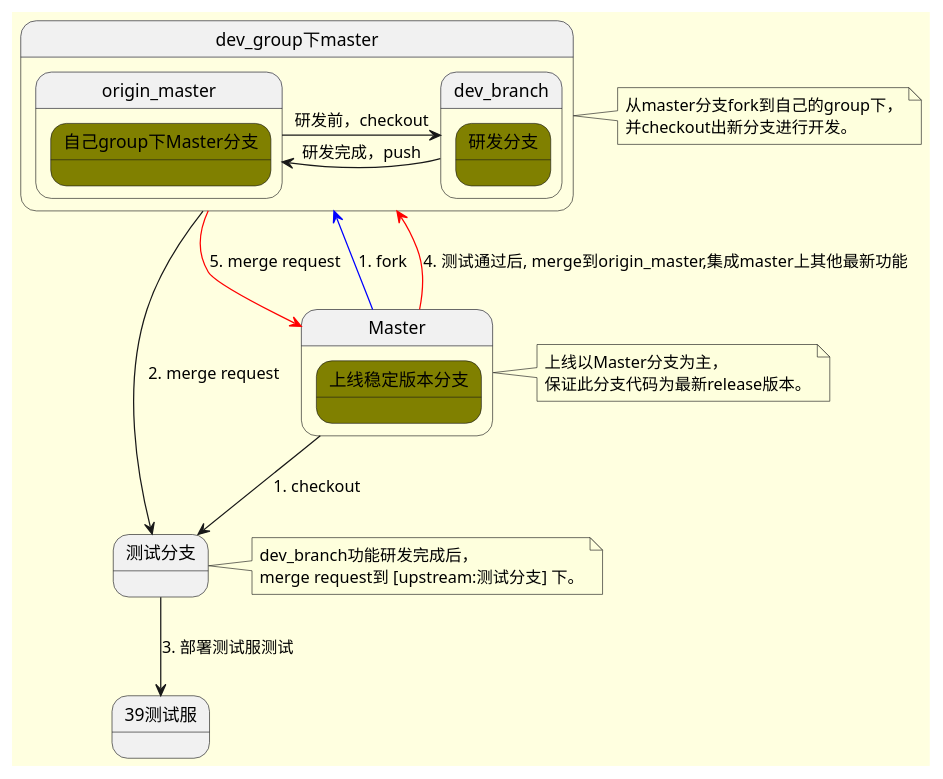
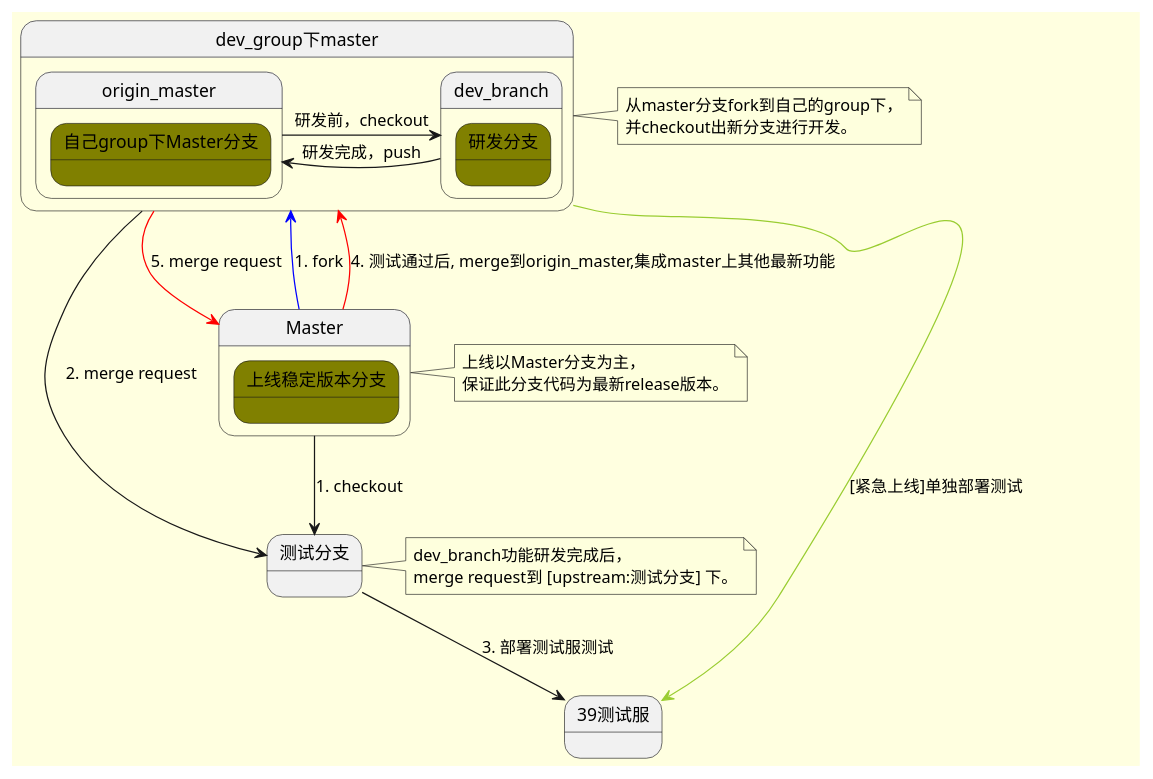
One commit to widy21/java_study_project changed the diagram in graphviz/branches_new_s1.puml. Above: the diagram before and after it, drawn with PlantUML. The commit also changed 1 other file, not shown here.

Commit message:
add architecture puml.

```diff
--- a/graphviz/branches_new_s1.puml
+++ b/graphviz/branches_new_s1.puml
@@ -1,56 +1,57 @@
 @startuml
 skinparam backgroundColor LightYellow
 skinparam state {
 '  StartColor MediumBlue
 '  EndColor Red
 '  BackgroundColor Peru
   BackgroundColor<<Warning>> Olive
 '  BorderColor Gray
 '  FontName Impact
 }
 
 '[*] -> State1
 Master --> 测试分支:1. checkout
 Master -[#blue]->dev_group下master: 1. fork
 Master -[#red]->dev_group下master: 4. 测试通过后, merge到origin_master,集成master上其他最新功能
 dev_group下master -[#red]->Master: 5. merge request
 
 state Master{
     state "上线稳定版本分支" <<Warning>>
   }
 
 state dev_group下master {
   origin_master -> dev_branch:研发前，checkout
   dev_branch -> origin_master:研发完成，push
   state dev_branch{
     state "研发分支" <<Warning>>
   }
   state origin_master{
     state "自己group下Master分支" <<Warning>>
   }
 }
 
 'Master --> 开发分支A:1. checkout
 'Master --> 开发分支B:1.checkout
 'state 开发分支A {
 '  state "本地研发&&自测" as long1
 '  [*] --> long1
 '  long1 --> long1 : 新需求
 '  long1 --> pushA: 研发、自测完成
 '}
 'state 开发分支B {
 '  state "开发流程与A相同" as long2
 '}
 dev_group下master --> 测试分支 : 2. merge request
+dev_group下master -[#YellowGreen]-> 39测试服 : [紧急上线]单独部署测试
 '开发分支B --> 测试分支 : 2. merge
 测试分支 --> 39测试服 : 3. 部署测试服测试
 '39测试服 --> merge到Master : 4. 测试完成
 'state merge到Master {
 '  state "release版本待发布" as long3
 '}
 
 note right of dev_group下master : 从master分支fork到自己的group下，\n并checkout出新分支进行开发。
 note right of 测试分支 : dev_branch功能研发完成后，\nmerge request到 [upstream:测试分支] 下。
 note right of Master : 上线以Master分支为主，\n保证此分支代码为最新release版本。
 
 @enduml
```
